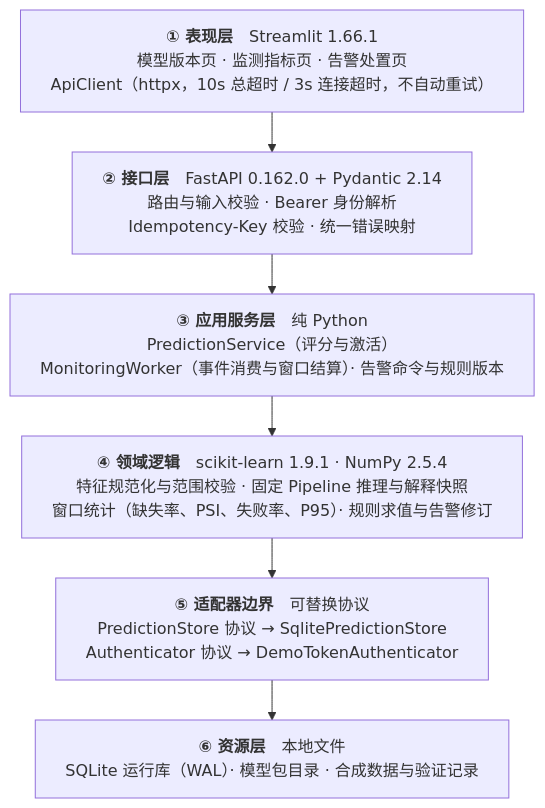
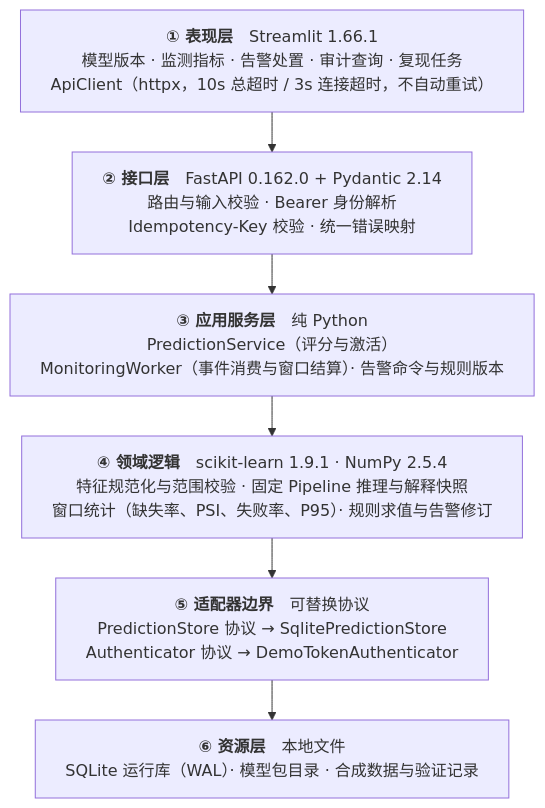
The diagram in docs/diagrams/B5-technical.mmd (Cherable/financial-ai-model-risk-platform), drawn with Mermaid before and after one commit. The commit also changed 12 other files, not shown here.

```diff
--- a/docs/diagrams/B5-technical.mmd
+++ b/docs/diagrams/B5-technical.mmd
@@ -1,9 +1,9 @@
 %%{init: {"flowchart": {"wrappingWidth": 560, "nodeSpacing": 30, "rankSpacing": 40}}}%%
 flowchart TB
-  P["<b>① 表现层</b>　Streamlit 1.66.1<br/>模型版本页 · 监测指标页 · 告警处置页<br/>ApiClient（httpx，10s 总超时 / 3s 连接超时，不自动重试）"]
+  P["<b>① 表现层</b>　Streamlit 1.66.1<br/>模型版本 · 监测指标 · 告警处置 · 审计查询 · 复现任务<br/>ApiClient（httpx，10s 总超时 / 3s 连接超时，不自动重试）"]
   I["<b>② 接口层</b>　FastAPI 0.162.0 + Pydantic 2.14<br/>路由与输入校验 · Bearer 身份解析<br/>Idempotency-Key 校验 · 统一错误映射"]
   S["<b>③ 应用服务层</b>　纯 Python<br/>PredictionService（评分与激活）<br/>MonitoringWorker（事件消费与窗口结算）· 告警命令与规则版本"]
   D["<b>④ 领域逻辑</b>　scikit-learn 1.9.1 · NumPy 2.5.4<br/>特征规范化与范围校验 · 固定 Pipeline 推理与解释快照<br/>窗口统计（缺失率、PSI、失败率、P95）· 规则求值与告警修订"]
   A["<b>⑤ 适配器边界</b>　可替换协议<br/>PredictionStore 协议 → SqlitePredictionStore<br/>Authenticator 协议 → DemoTokenAuthenticator"]
   R["<b>⑥ 资源层</b>　本地文件<br/>SQLite 运行库（WAL）· 模型包目录 · 合成数据与验证记录"]
   P --> I --> S --> D --> A --> R
```
